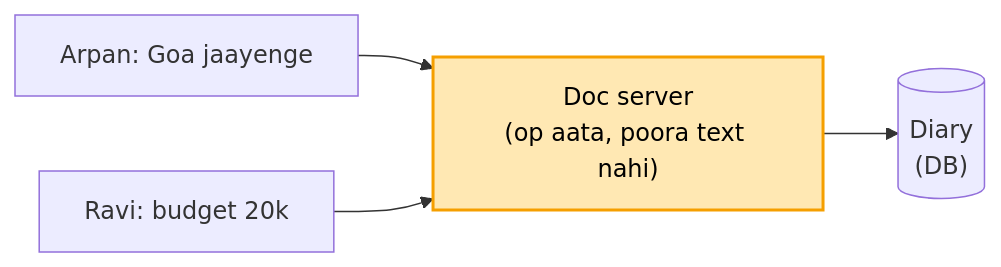
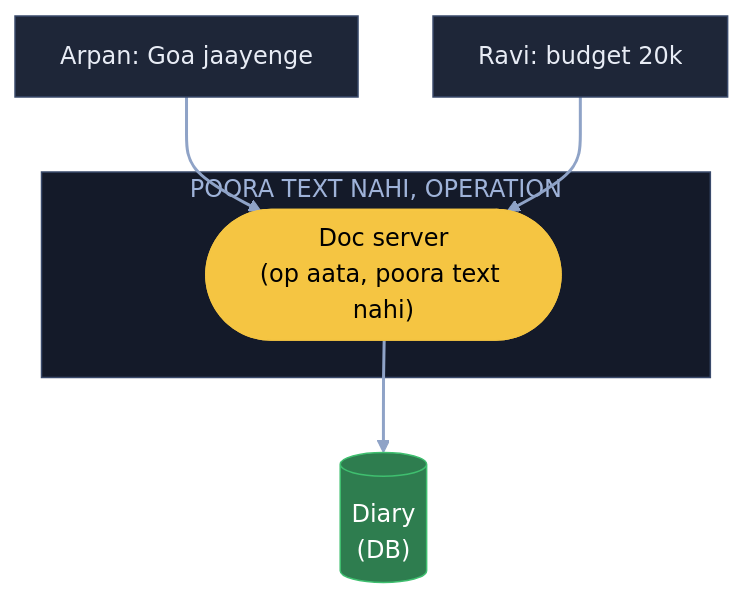
Before and after one commit to ArpanMaheshwari144/Prep: the first of 7 diagrams in 04_HLD/SYSTEM_DESIGNS/11_google_docs_collab/11_google_docs_collab.md, drawn with Mermaid. The commit also changed other lines of this file, not shown here.

Commit message:
Docs: 7 diagram YouTube (reel) wale card andaaz me

````diff
--- a/04_HLD/SYSTEM_DESIGNS/11_google_docs_collab/11_google_docs_collab.md
+++ b/04_HLD/SYSTEM_DESIGNS/11_google_docs_collab/11_google_docs_collab.md
@@ -37,7 +37,18 @@
 ```mermaid
-flowchart LR
-    A["Arpan: Goa jaayenge"] --> S["Doc server<br/>(op aata, poora text nahi)"]
-    R["Ravi: budget 20k"] --> S
-    S --> D[("Diary<br/>(DB)")]
-    style S fill:#ffe8b3,stroke:#f59f00,stroke-width:2px,color:#000
+flowchart TB
+    A["Arpan: Goa jaayenge"]:::card
+    R["Ravi: budget 20k"]:::card
+    subgraph OP["POORA TEXT NAHI, OPERATION"]
+        S(["Doc server<br/>(op aata, poora text nahi)"]):::pill
+    end
+    D[("Diary<br/>(DB)")]:::good
+    A --> S
+    R --> S
+    S --> D
+    linkStyle default stroke:#8fa3c7,stroke-width:2px
+    classDef card fill:#1e2638,stroke:#3a4a6b,color:#e8ecf5
+    classDef pill fill:#f5c542,stroke:#f5c542,color:#000
+    classDef good fill:#2e7d4f,stroke:#3fbf6f,color:#fff
+    classDef bad fill:#5c1f24,stroke:#e05561,color:#fff
+    style OP fill:#141a29,stroke:#3a4a6b,color:#9fb3d9
 ```
````
